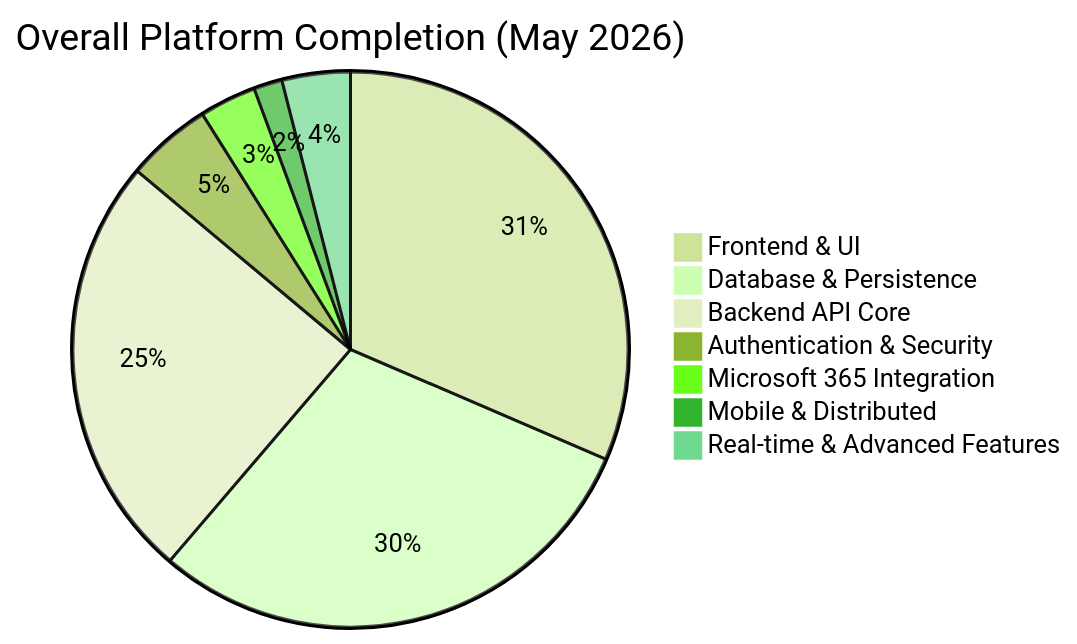
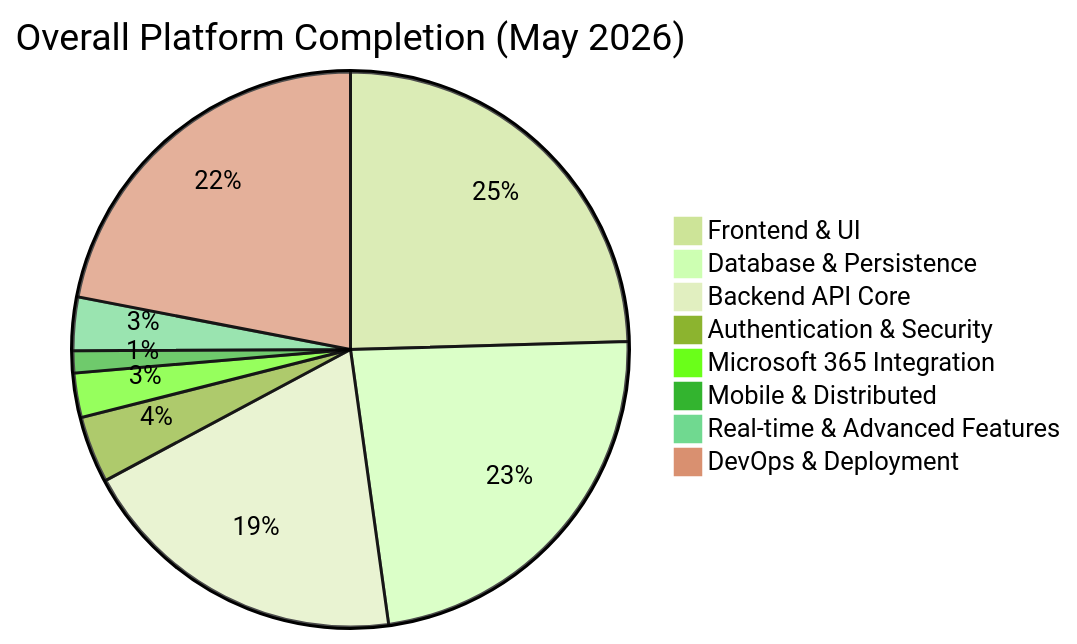
Before and after one commit to iceccarelli/bahn-project-manager: the first of 3 diagrams in README.md, drawn with Mermaid (forest theme). The commit also changed other lines of this file, not shown here.

First line of the commit message:
Revise README for project status and Vercel deployment

````diff
--- a/README.md
+++ b/README.md
@@ -59,10 +61,11 @@
 ```mermaid
 pie title Overall Platform Completion (May 2026)
     "Frontend & UI" : 95
     "Database & Persistence" : 90
     "Backend API Core" : 75
     "Authentication & Security" : 15
     "Microsoft 365 Integration" : 10
     "Mobile & Distributed" : 5
     "Real-time & Advanced Features" : 12
+    "DevOps & Deployment" : 85
 ```
````
